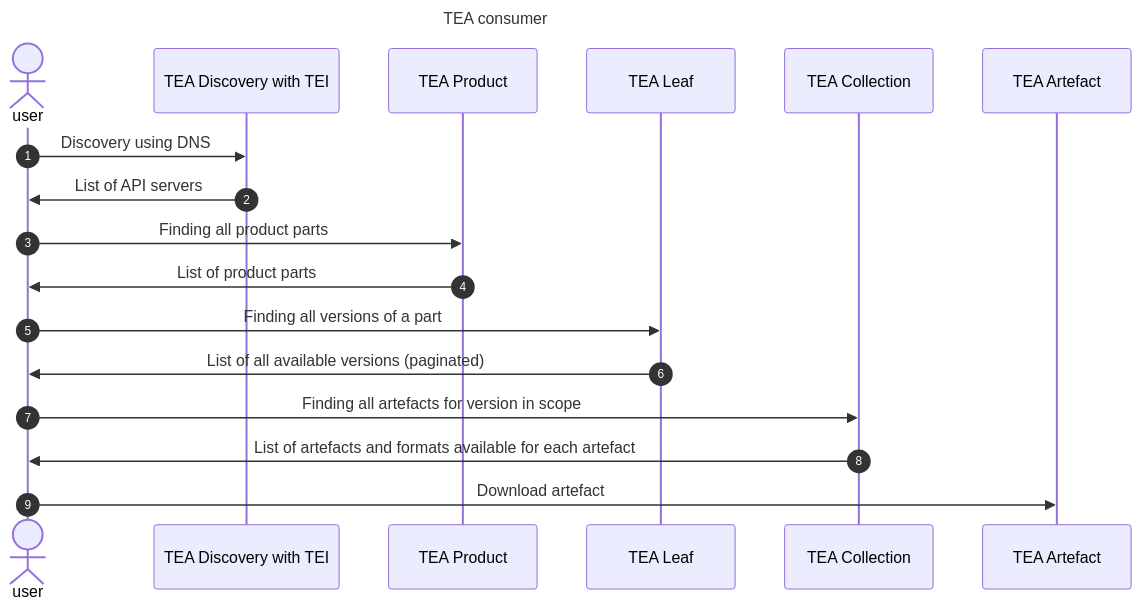
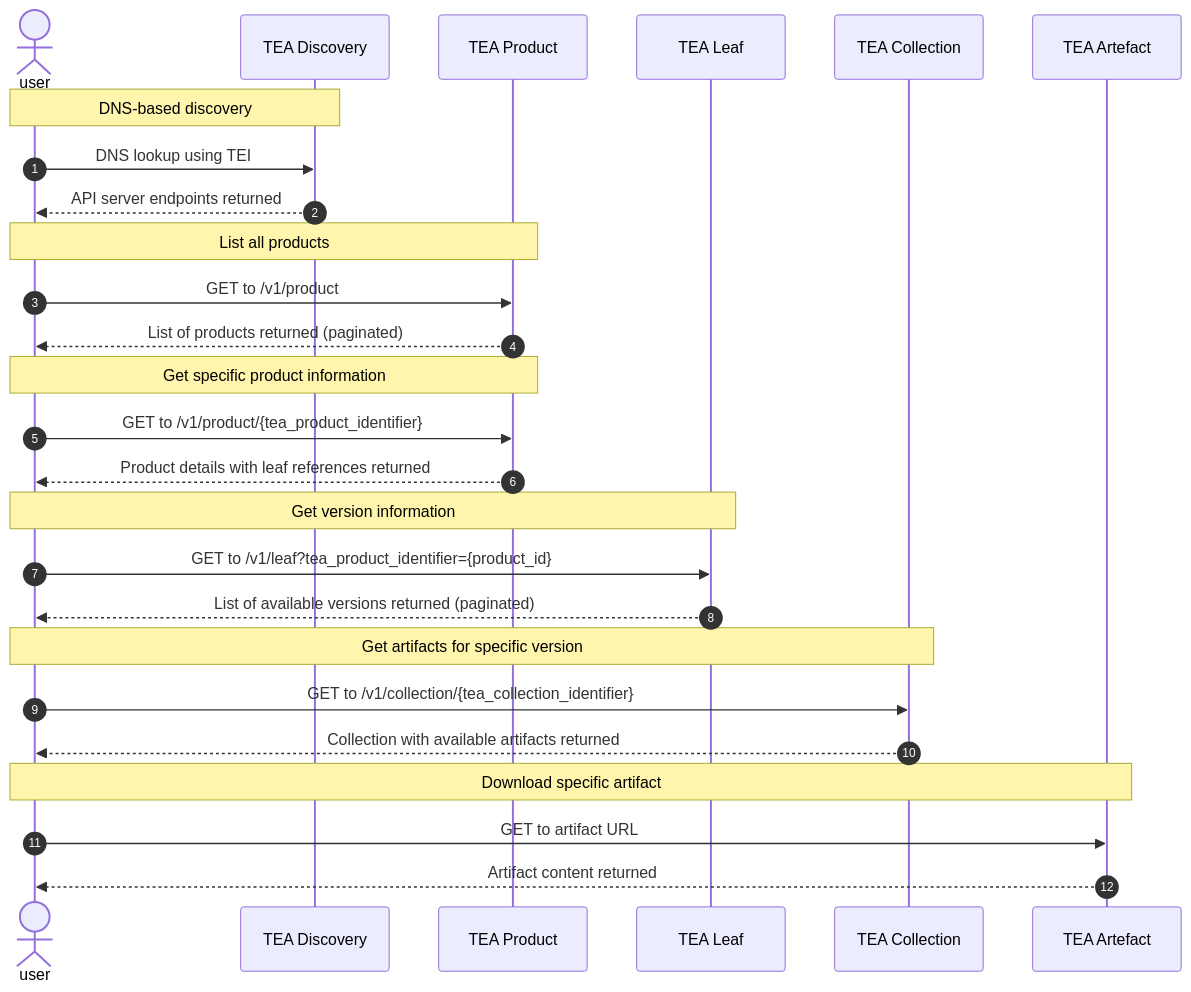
One commit to vpetersson/transparency-exchange-api changed the first of 2 diagrams in api-flow/consumer.md. Above: the diagram before and after it, drawn with Mermaid. The commit also changed other lines of this file and 2 other files, not shown here.

Commit message:
Updates diagrams. Alignment with API specs and adds example

````diff
--- a/api-flow/consumer.md
+++ b/api-flow/consumer.md
@@ -30,30 +30,34 @@
 ```mermaid
----
-title: TEA consumer
----
-
 sequenceDiagram
     autonumber
     actor user
-    participant discovery as TEA Discovery with TEI
-
+    participant discovery as TEA Discovery
     participant tea_product as TEA Product
     participant tea_leaf as TEA Leaf
     participant tea_collection as TEA Collection
     participant tea_artifact as TEA Artefact
 
+    Note over user,discovery: DNS-based discovery
+    user ->> discovery: DNS lookup using TEI
+    discovery -->> user: API server endpoints returned
 
-    user ->> discovery: Discovery using DNS
-    discovery ->> user: List of API servers
+    Note over user,tea_product: List all products
+    user ->> tea_product: GET to /v1/product
+    tea_product -->> user: List of products returned (paginated)
 
-    user ->> tea_product: Finding all product parts
-    tea_product ->> user: List of product parts
+    Note over user,tea_product: Get specific product information
+    user ->> tea_product: GET to /v1/product/{tea_product_identifier}
+    tea_product -->> user: Product details with leaf references returned
 
-    user ->> tea_leaf: Finding all versions of a part
-    tea_leaf ->> user: List of all available versions (paginated)
+    Note over user,tea_leaf: Get version information
+    user ->> tea_leaf: GET to /v1/leaf?tea_product_identifier={product_id}
+    tea_leaf -->> user: List of available versions returned (paginated)
 
-    user ->> tea_collection: Finding all artefacts for version in scope
-    tea_collection ->> user: List of artefacts and formats available for each artefact
+    Note over user,tea_collection: Get artifacts for specific version
+    user ->> tea_collection: GET to /v1/collection/{tea_collection_identifier}
+    tea_collection -->> user: Collection with available artifacts returned
 
-    user ->> tea_artifact: Download artefact
+    Note over user,tea_artifact: Download specific artifact
+    user ->> tea_artifact: GET to artifact URL
+    tea_artifact -->> user: Artifact content returned
 ```
````
